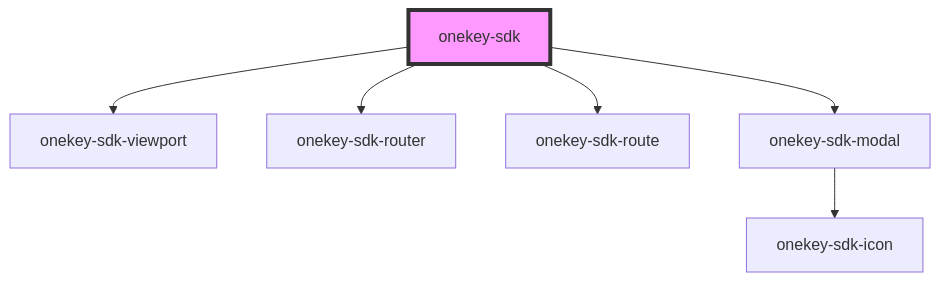
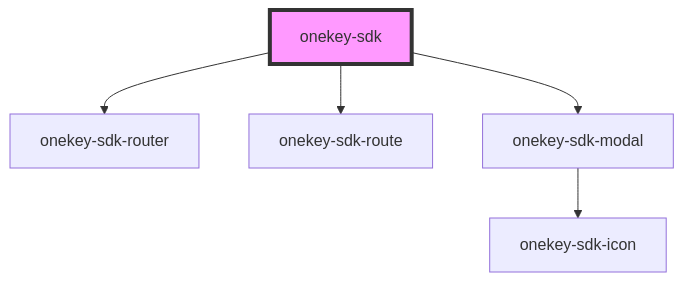
One commit to hcl-sdk/HealthCareLocatorWebSDK changed the diagram in packages/onekey-sdk-web-ui/docs/components/screens/onekey-sdk/readme.md. Above: the diagram before and after it, drawn with Mermaid. The commit also changed other lines of this file and 12 other files, not shown here.

````diff
--- a/packages/onekey-sdk-web-ui/docs/components/screens/onekey-sdk/readme.md
+++ b/packages/onekey-sdk-web-ui/docs/components/screens/onekey-sdk/readme.md
@@ -38,9 +37,8 @@
 ```mermaid
 graph TD;
-  onekey-sdk --> onekey-sdk-viewport
   onekey-sdk --> onekey-sdk-router
   onekey-sdk --> onekey-sdk-route
   onekey-sdk --> onekey-sdk-modal
   onekey-sdk-modal --> onekey-sdk-icon
   style onekey-sdk fill:#f9f,stroke:#333,stroke-width:4px
 ```
````
